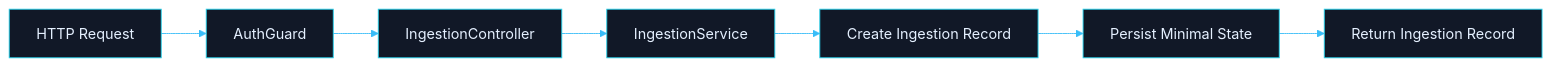
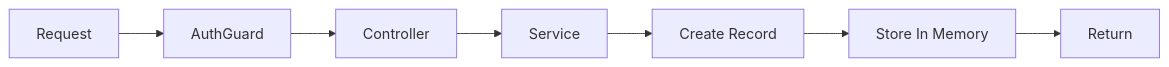
The diagram in PR 08 — Fase 1: Persistência Mínima da Operação de Ingestion.md (matheusdiamantino-betalent/questions-ai), drawn with Mermaid before and after one commit. The commit also changed other lines of this file, not shown here.

Commit message:
Update PR 08 — Fase 1: Persistência Mínima da Operação de Ingestion.md

````diff
--- a/PR 08 — Fase 1: Persistência Mínima da Operação de Ingestion.md
+++ b/PR 08 — Fase 1: Persistência Mínima da Operação de Ingestion.md
@@ -130,25 +108,9 @@
 ```mermaid
-%%{init: {
-  "theme": "base",
-  "themeVariables": {
-    "background": "#0b1220",
-    "primaryColor": "#111827",
-    "primaryTextColor": "#e5f0ff",
-    "primaryBorderColor": "#22d3ee",
-    "lineColor": "#38bdf8",
-    "secondaryColor": "#0f172a",
-    "tertiaryColor": "#111827",
-    "fontFamily": "Inter, Segoe UI, Arial",
-    "clusterBkg": "#0f172a",
-    "clusterBorder": "#334155"
-  }
-}}%%
-
 flowchart LR
-    A[HTTP Request] --> B[AuthGuard]
-    B --> C[IngestionController]
-    C --> D[IngestionService]
-    D --> E[Create Ingestion Record]
-    E --> F[Persist Minimal State]
-    F --> G[Return Ingestion Record]
+    A[Request] --> B[AuthGuard]
+    B --> C[Controller]
+    C --> D[Service]
+    D --> E[Create Record]
+    E --> F[Store In Memory]
+    F --> G[Return]
 ```
````
